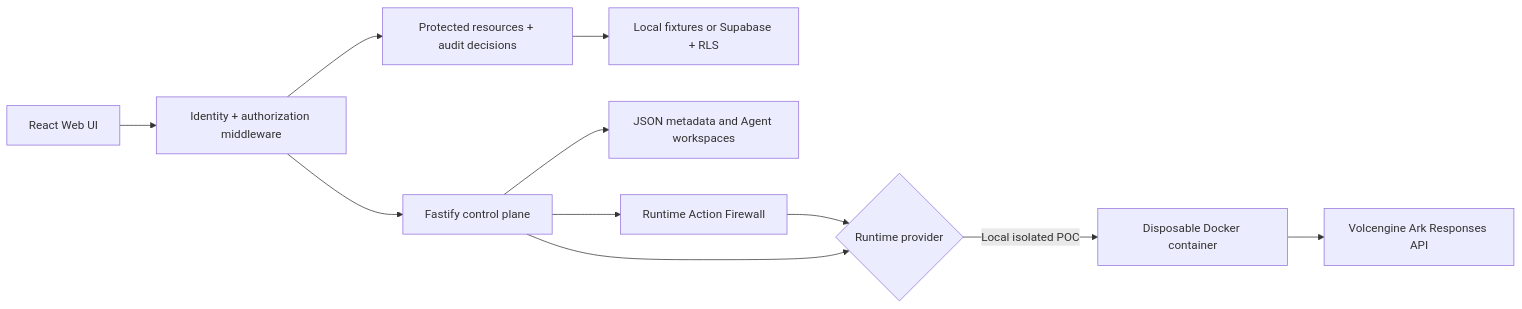
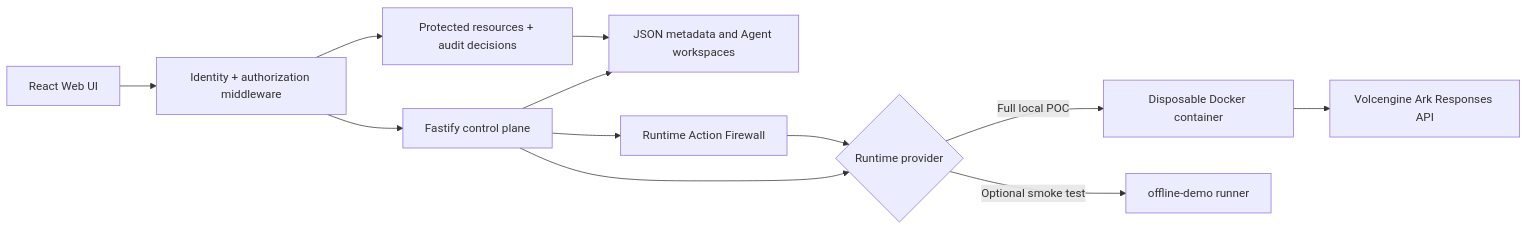
The diagram in README.md (alsonsim/Agent_Trust_Gateway), drawn with Mermaid before and after one commit. The commit also changed other lines of this file and 4 other files, not shown here.

Commit message:
Polish judge POC login flow

````diff
--- a/README.md
+++ b/README.md
@@ -332,13 +330,14 @@
 ```mermaid
 flowchart LR
     UI["React Web UI"] --> Auth["Identity + authorization middleware"]
     Auth --> API["Fastify control plane"]
     Auth --> Policy["Protected resources + audit decisions"]
-    Policy --> Supabase["Local fixtures or Supabase + RLS"]
+    Policy --> Store["Local JSON data"]
     API --> Store["JSON metadata and Agent workspaces"]
     API --> Firewall["Runtime Action Firewall"]
     Firewall --> Runtime
     API --> Runtime{"Runtime provider"}
-    Runtime -->|Local isolated POC| Container["Disposable Docker container"]
+    Runtime -->|Full local POC| Container["Disposable Docker container"]
+    Runtime -->|Optional smoke test| Offline["offline-demo runner"]
     Container --> Ark["Volcengine Ark Responses API"]
 ```
````
